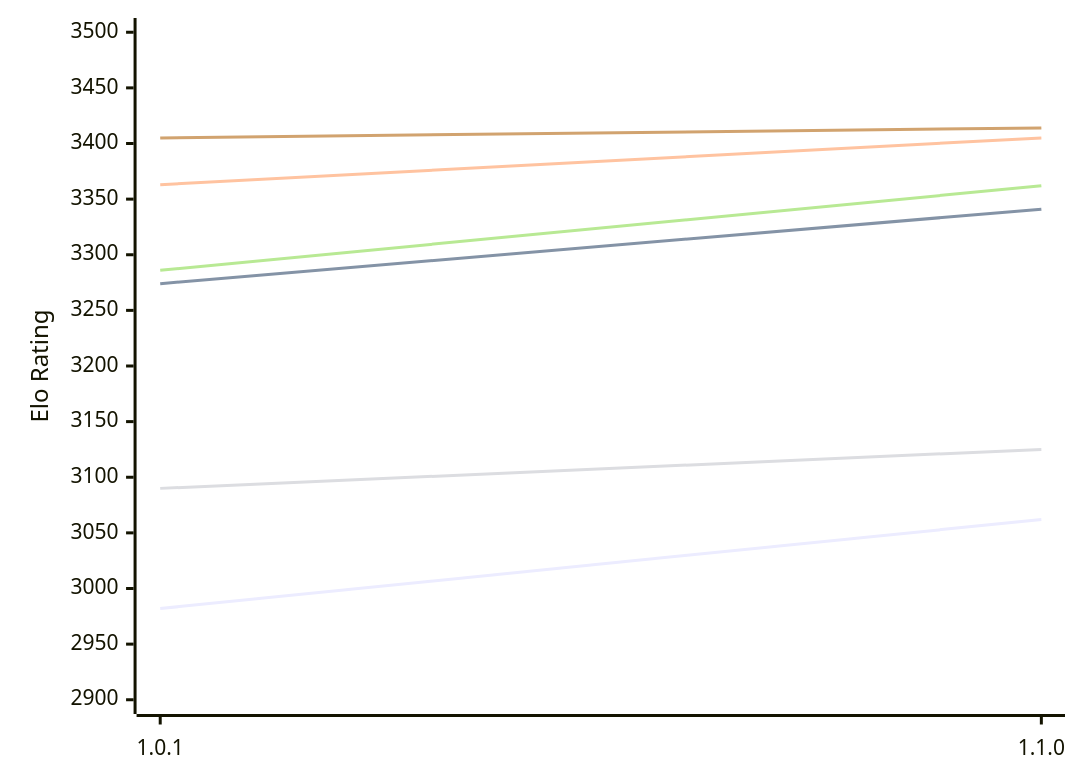
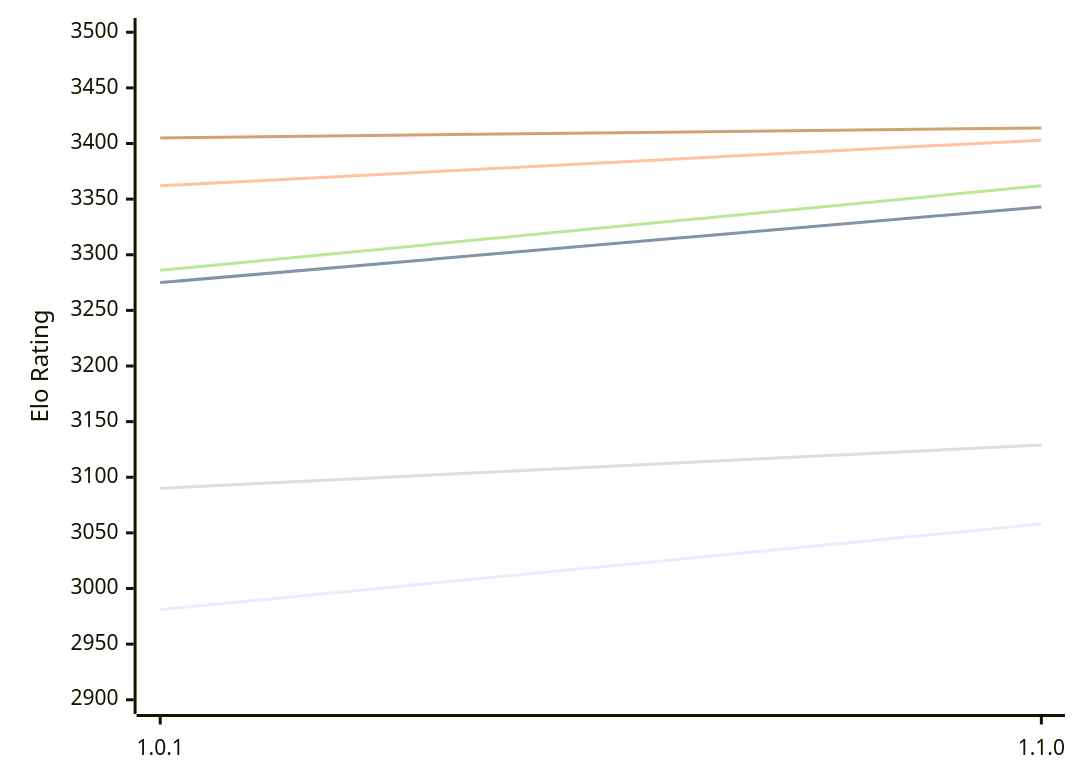
One commit to computer-chess-index/cci changed the first of 2 diagrams in engines/Ursus.md. Above: the diagram before and after it, drawn with Mermaid. The commit also changed other lines of this file, not shown here.

Commit message:
Update CCI Ratings (ELO VLTC) - 2026-11-28

````diff
--- a/engines/Ursus.md
+++ b/engines/Ursus.md
@@ -51,12 +51,12 @@
 ```mermaid
 %%{init: {"theme":"base","themeVariables":{"seriesColors:['#a3a3a3','#222221','#faa371']}}}%%
 xychart-beta
   x-axis ["1.0.1", "1.1.0"]
   y-axis "Elo Rating" 2900 --> 3500
-  line "E1: STC (8.0+0.08s)" [2982, 3062]
-  line "E1: LTC (60.0+0.60s)" [3274, 3341]
-  line "E1: VLTC (2m24s+1.12s)" [3363, 3405]
-  line "P1: STC (8.0+0.08s)" [3090, 3125]
+  line "E1: STC (8.0+0.08s)" [2981, 3058]
+  line "E1: LTC (60.0+0.60s)" [3275, 3343]
+  line "E1: VLTC (2m24s+1.12s)" [3362, 3403]
+  line "P1: STC (8.0+0.08s)" [3090, 3129]
   line "P1: LTC (60.0+0.60s)" [3286, 3362]
   line "P1: VLTC (2m24s+1.12s)" [3405, 3414]
 ```
````
